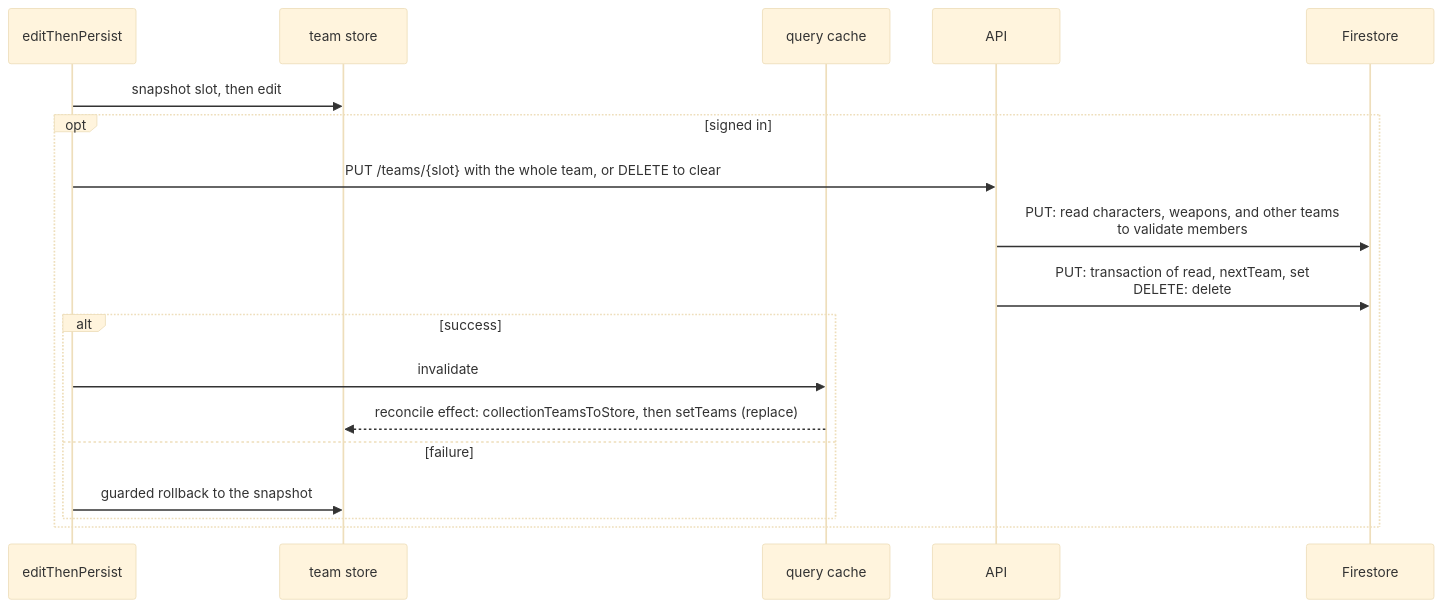
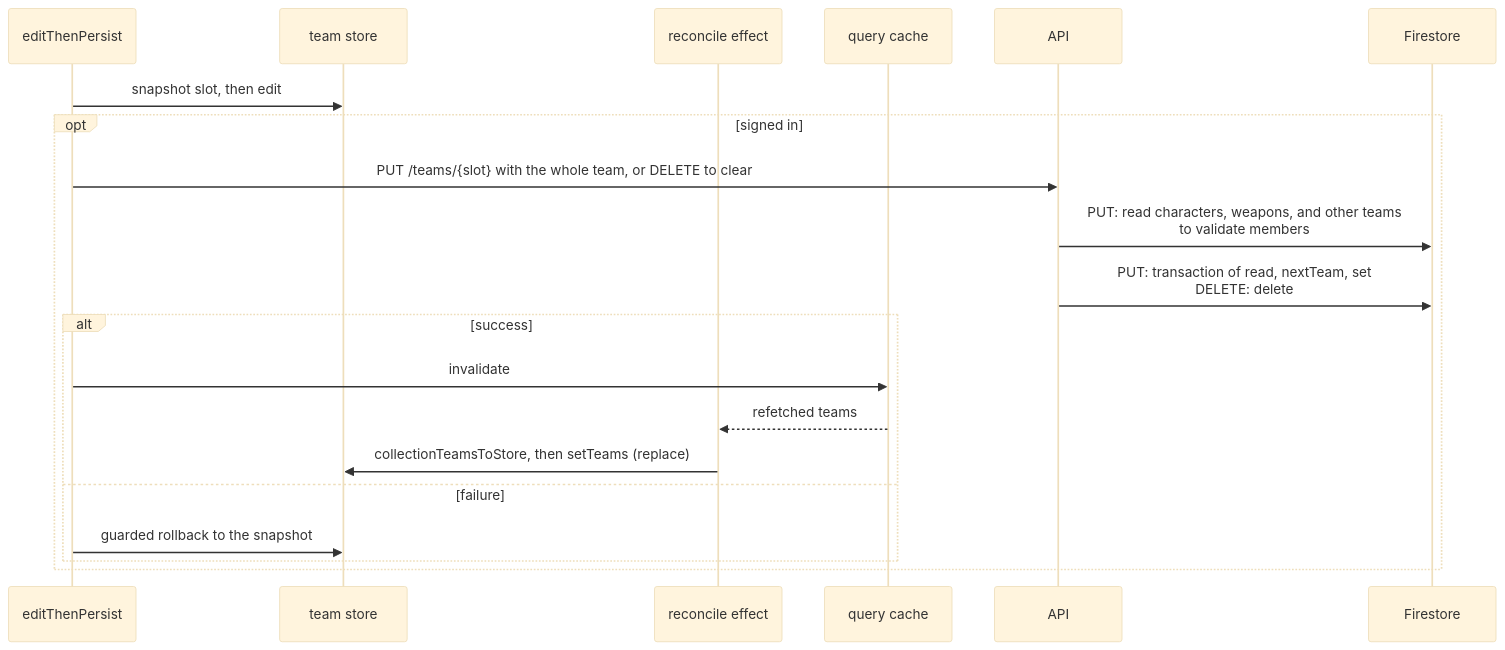
Before and after one commit to dungeon-studio/genshin.dungeon.studio: the third of 4 diagrams in docs/reference/data-flow-write-paths.md, drawn with Mermaid (base theme). The commit also changed other lines of this file and 2 other files, not shown here.

First line of the commit message:
docs: draw the reconcile effect as a participant everywhere

````diff
--- a/docs/reference/data-flow-write-paths.md
+++ b/docs/reference/data-flow-write-paths.md
@@ -117,21 +116,23 @@
 ```mermaid
 sequenceDiagram
   participant Hook as editThenPersist
   participant Store as team store
+  participant Reconcile as reconcile effect
   participant Cache as query cache
   participant API as API
   participant FS as Firestore
 
   Hook->>Store: snapshot slot, then edit
   opt signed in
     Hook->>API: PUT /teams/{slot} with the whole team, or DELETE to clear
     API->>FS: PUT: read characters, weapons, and other teams<br>to validate members
     API->>FS: PUT: transaction of read, nextTeam, set<br>DELETE: delete
     alt success
       Hook->>Cache: invalidate
-      Cache-->>Store: reconcile effect: collectionTeamsToStore, then setTeams (replace)
+      Cache-->>Reconcile: refetched teams
+      Reconcile->>Store: collectionTeamsToStore, then setTeams (replace)
     else failure
       Hook->>Store: guarded rollback to the snapshot
     end
   end
 ```
````
